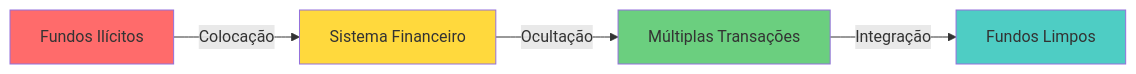
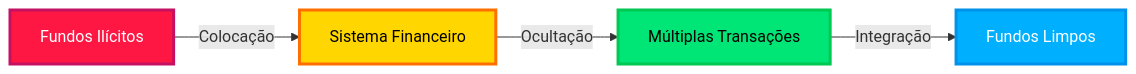
The first of 14 diagrams in README.md (gregorizeidler/aml-graphs-detection-system), drawn with Mermaid before and after one commit. The commit also changed other lines of this file, not shown here.

````diff
--- a/README.md
+++ b/README.md
@@ -58,11 +58,11 @@
 ```mermaid
 graph LR
     A[Fundos Ilícitos] -->|Colocação| B[Sistema Financeiro]
     B -->|Ocultação| C[Múltiplas Transações]
     C -->|Integração| D[Fundos Limpos]
     
-    style A fill:#ff6b6b
-    style B fill:#ffd93d
-    style C fill:#6bcf7f
-    style D fill:#4ecdc4
+    style A fill:#FF1744,stroke:#C51162,stroke-width:3px,color:#fff
+    style B fill:#FFD600,stroke:#FF6F00,stroke-width:3px,color:#000
+    style C fill:#00E676,stroke:#00C853,stroke-width:3px,color:#000
+    style D fill:#00B0FF,stroke:#0091EA,stroke-width:3px,color:#fff
 ```
````
